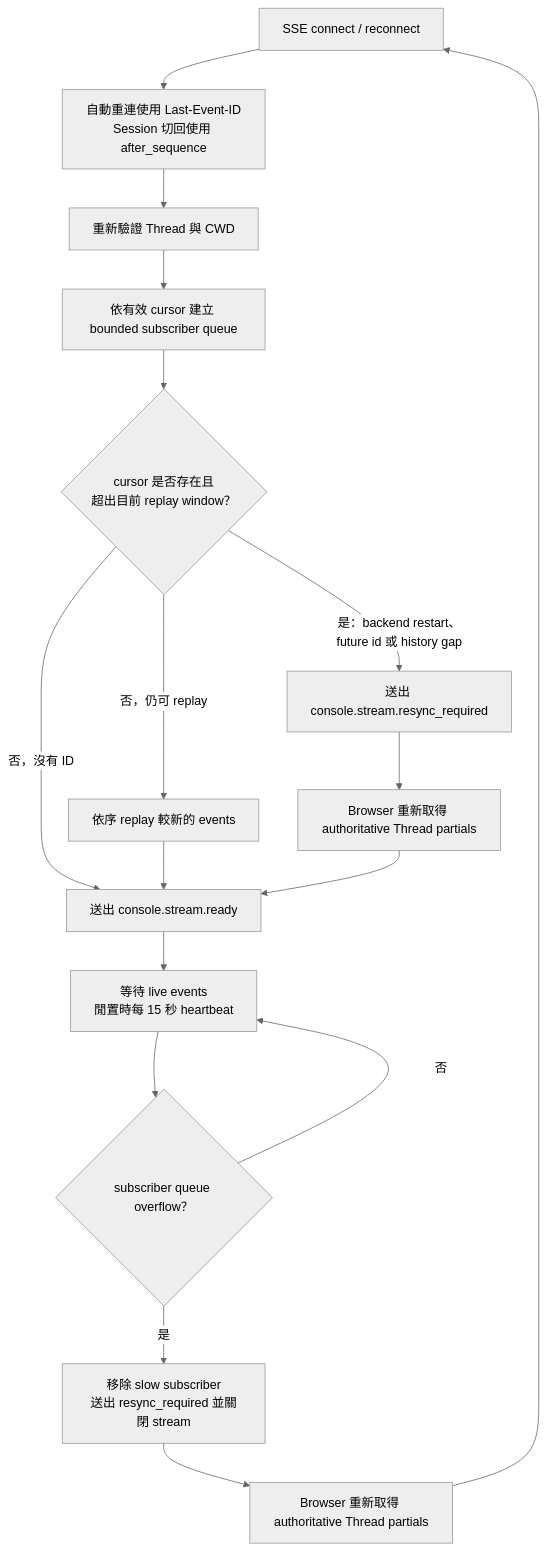
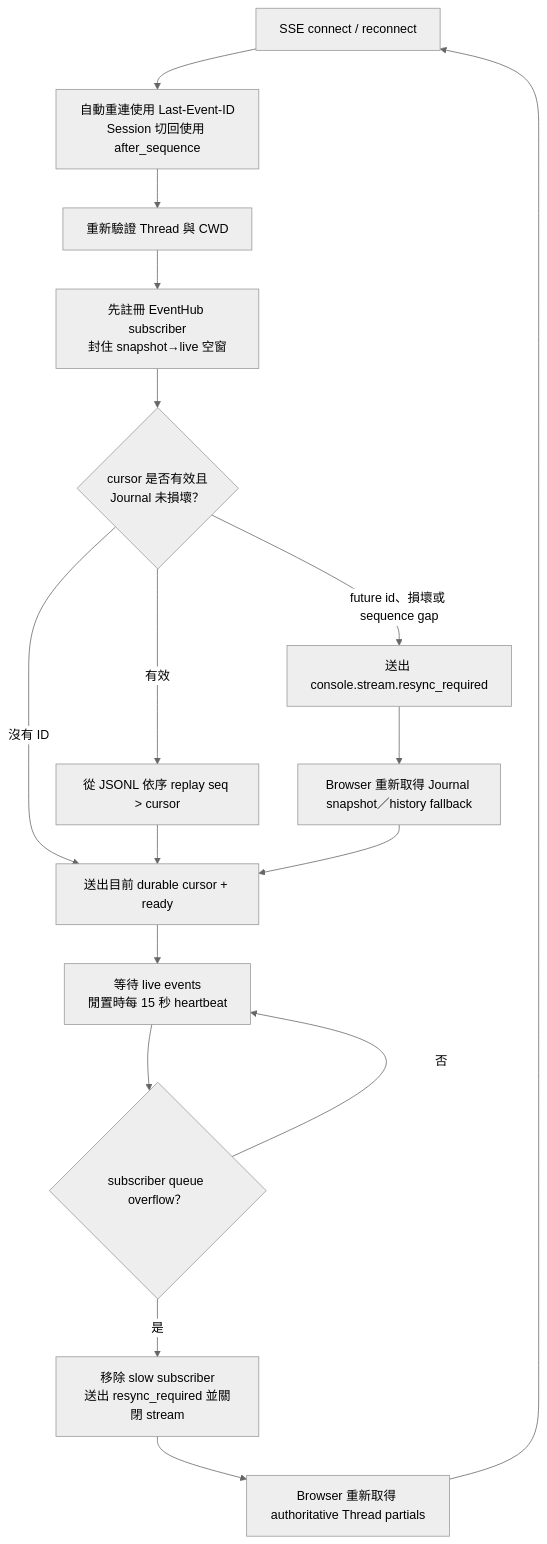
One commit to sevenjay/agent_app_server changed the fifth of 5 diagrams in docs/flows.md. Above: the diagram before and after it, drawn with Mermaid (neutral theme). The commit also changed other lines of this file and 23 other files, not shown here.

Commit message:
feat: add durable stream journal timeline

````diff
--- a/docs/flows.md
+++ b/docs/flows.md
@@ -180,19 +190,19 @@
 ```mermaid
 flowchart TD
     connect["SSE connect / reconnect"] --> cursor["自動重連使用 Last-Event-ID<br/>Session 切回使用 after_sequence"]
     cursor --> auth["重新驗證 Thread 與 CWD"]
-    auth --> subscribe["依有效 cursor 建立 bounded subscriber queue"]
-    subscribe --> range{"cursor 是否存在且<br/>超出目前 replay window？"}
-    range -->|否，沒有 ID| ready["送出 console.stream.ready"]
-    range -->|否，仍可 replay| replay["依序 replay 較新的 events"]
+    auth --> subscribe["先註冊 EventHub subscriber<br/>封住 snapshot→live 空窗"]
+    subscribe --> range{"cursor 是否有效且<br/>Journal 未損壞？"}
+    range -->|沒有 ID| ready["送出目前 durable cursor + ready"]
+    range -->|有效| replay["從 JSONL 依序 replay seq > cursor"]
     replay --> ready
-    range -->|是：backend restart、future id 或 history gap| resync["送出 console.stream.resync_required"]
-    resync --> refresh["Browser 重新取得 authoritative Thread partials"]
+    range -->|future id、損壞或 sequence gap| resync["送出 console.stream.resync_required"]
+    resync --> refresh["Browser 重新取得 Journal snapshot／history fallback"]
     refresh --> ready
     ready --> live["等待 live events<br/>閒置時每 15 秒 heartbeat"]
     live --> overflow{"subscriber queue overflow？"}
     overflow -->|否| live
     overflow -->|是| drop["移除 slow subscriber<br/>送出 resync_required 並關閉 stream"]
     drop --> refresh_closed["Browser 重新取得 authoritative Thread partials"]
     refresh_closed --> connect
 ```
````
